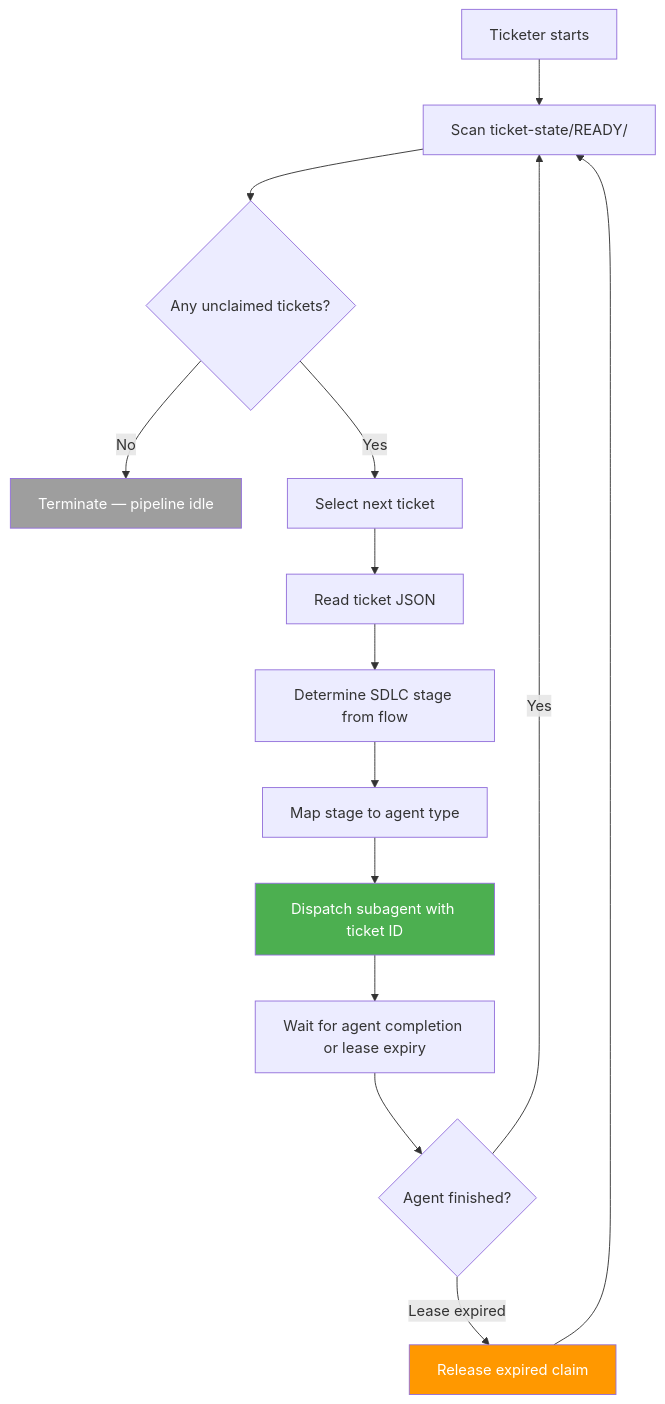
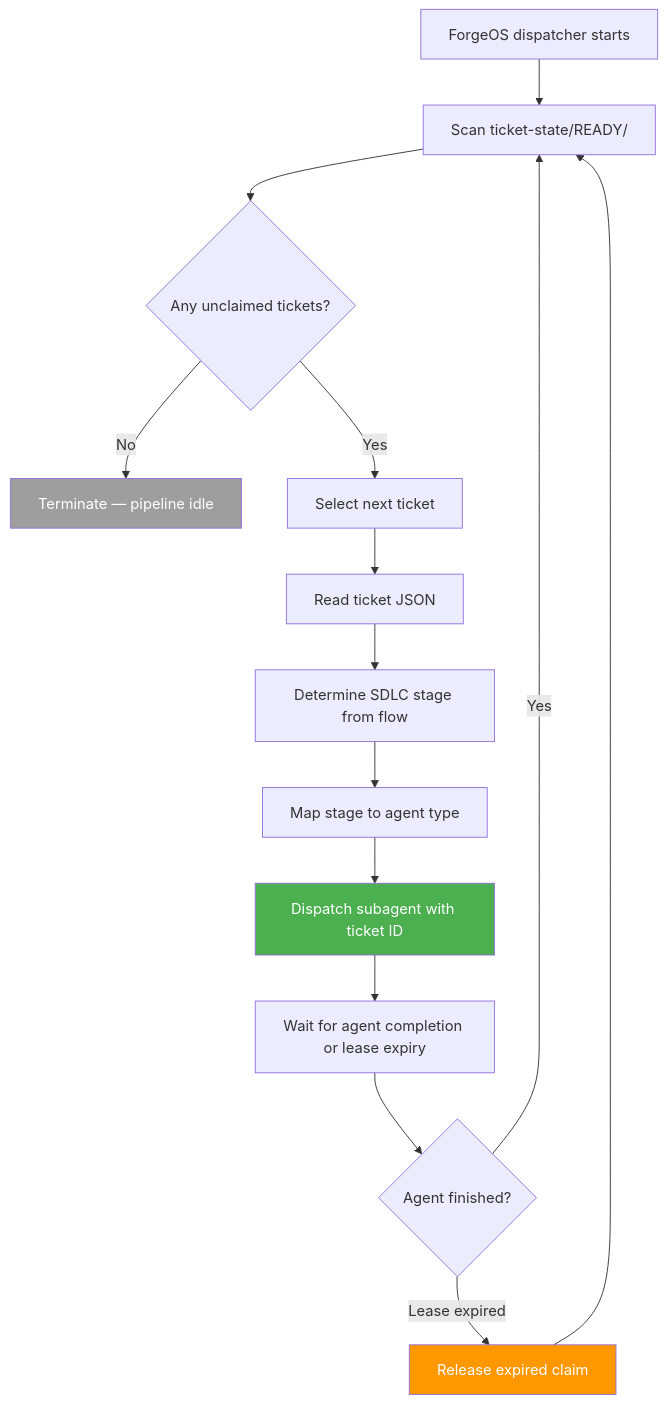
One commit to ReaperOAK/ForgeOS changed the third of 5 diagrams in docs/product/user-personas.md. Above: the diagram before and after it, drawn with Mermaid. The commit also changed other lines of this file and 119 other files, not shown here.

````diff
--- a/docs/product/user-personas.md
+++ b/docs/product/user-personas.md
@@ -339,24 +339,24 @@
 ```mermaid
 flowchart TD
-    A[Ticketer starts] --> B[Scan ticket-state/READY/]
+    A[ForgeOS dispatcher starts] --> B[Scan ticket-state/READY/]
     B --> C{Any unclaimed tickets?}
 
     C -->|No| D[Terminate — pipeline idle]
     C -->|Yes| E[Select next ticket]
 
     E --> F[Read ticket JSON]
     F --> G[Determine SDLC stage from flow]
     G --> H[Map stage to agent type]
     H --> I[Dispatch subagent with ticket ID]
 
     I --> J[Wait for agent completion or lease expiry]
     J --> K{Agent finished?}
 
     K -->|Yes| B
     K -->|Lease expired| L[Release expired claim]
     L --> B
 
     style D fill:#9E9E9E,color:#fff
     style I fill:#4CAF50,color:#fff
     style L fill:#FF9800,color:#fff
 ```
````
